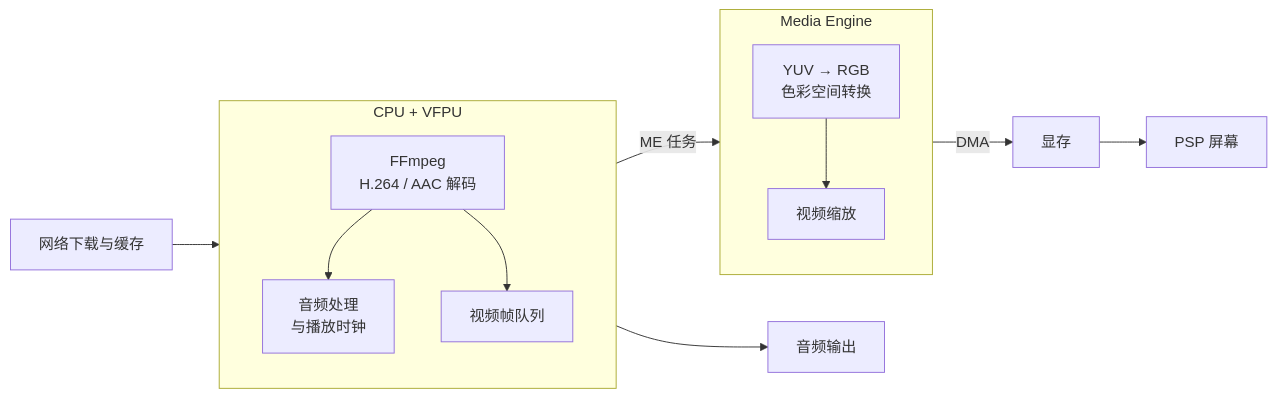
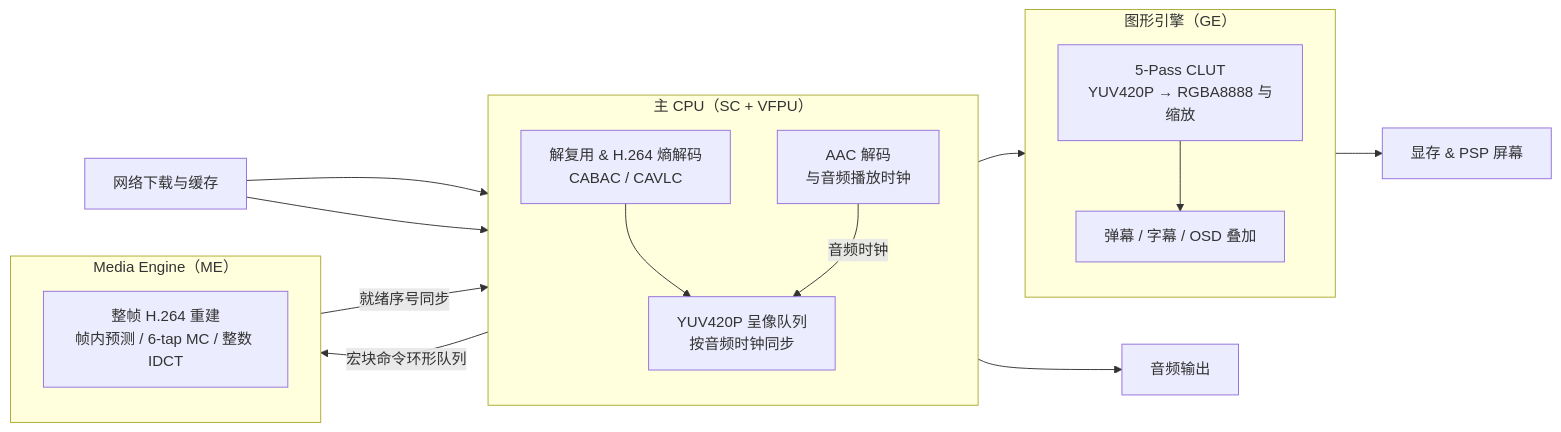
One commit to wilimini/WiliMini changed the diagram in README.md. Above: the diagram before and after it, drawn with Mermaid. The commit also changed other lines of this file, not shown here.

Commit message:
docs: update README architecture diagram for SC+ME+GE 3-core pipeline

````diff
--- a/README.md
+++ b/README.md
@@ -92,24 +92,32 @@
 ```mermaid
 flowchart LR
-    A[网络下载与缓存] --> B
+    A["网络下载与缓存"] --> B
+    A --> C
 
-    subgraph CPU["CPU + VFPU"]
+    subgraph SC["主 CPU（SC + VFPU）"]
         direction TB
-        B[FFmpeg<br/>H.264 / AAC 解码]
-        C[音频处理<br/>与播放时钟]
-        D[视频帧队列]
-        B --> C
-        B --> D
+        B["解复用 &amp; H.264 熵解码<br/>CABAC / CAVLC"]
+        C["AAC 解码<br/>与音频播放时钟"]
+        Q["YUV420P 呈像队列<br/>按音频时钟同步"]
+        B --> Q
     end
 
-    subgraph ME["Media Engine"]
+    subgraph ME["Media Engine（ME）"]
         direction TB
-        E[YUV → RGB<br/>色彩空间转换]
-        F[视频缩放]
+        E["整帧 H.264 重建<br/>帧内预测 / 6-tap MC / 整数 IDCT"]
     end
 
-    D -- ME 任务 --> E
-    E --> F
-    C --> H[音频输出]
-    F -->|DMA| G[显存] --> I[PSP 屏幕]
+    subgraph GE["图形引擎（GE）"]
+        direction TB
+        G1["5-Pass CLUT<br/>YUV420P → RGBA8888 与缩放"]
+        G2["弹幕 / 字幕 / OSD 叠加"]
+        G1 --> G2
+    end
+
+    B -- "宏块命令环形队列" --> E
+    E -- "就绪序号同步" --> Q
+    C -- "音频时钟" --> Q
+    C --> H["音频输出"]
+    Q --> G1
+    G2 --> I["显存 &amp; PSP 屏幕"]
 ```
````
